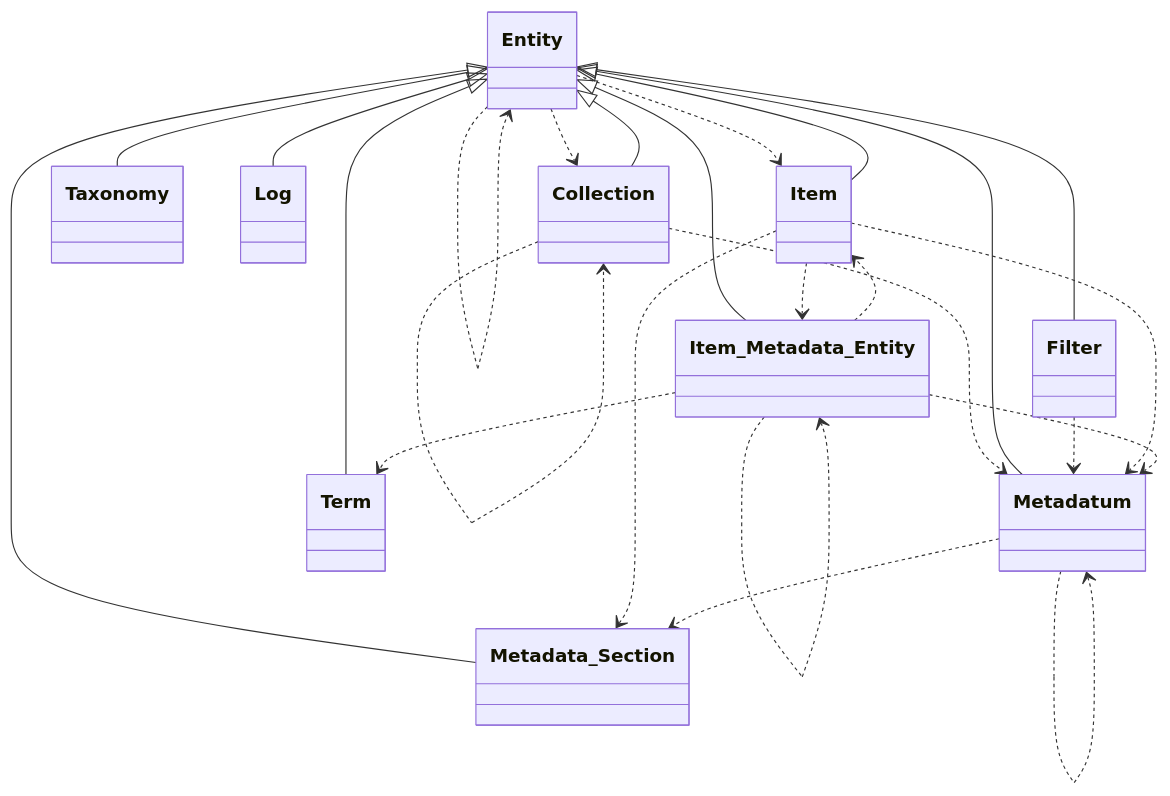
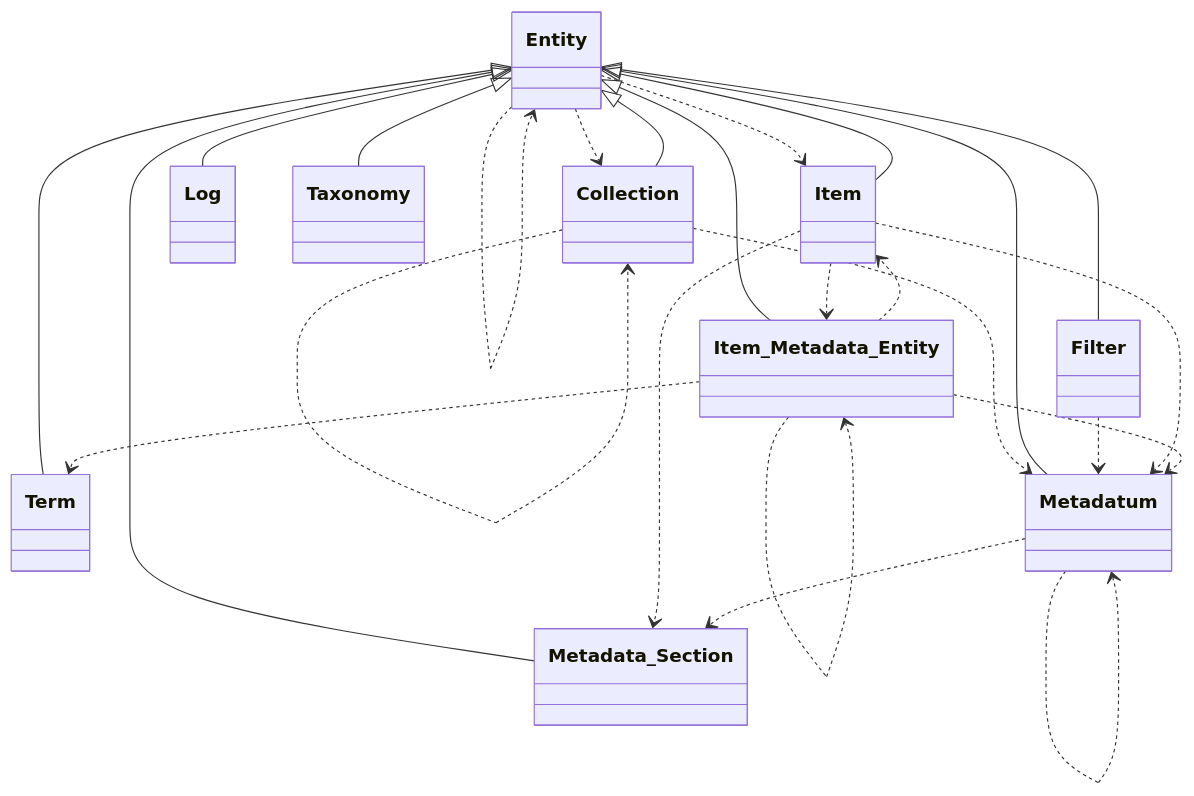
Before and after one commit to tainacan/tainacan: the diagram in docs/diagrams/tainacan-namespace-Tainacan-Entities.mmd, drawn with Mermaid. The commit also changed other lines of this file and 84 other files, not shown here.

```diff
--- a/docs/diagrams/tainacan-namespace-Tainacan-Entities.mmd
+++ b/docs/diagrams/tainacan-namespace-Tainacan-Entities.mmd
@@ -1,36 +1,36 @@
 classDiagram
     direction TB
+    class Term { }
     class Entity { }
-    class Metadatum { }
-    class Item_Metadata_Entity { }
-    class Filter { }
-    class Collection { }
-    class Taxonomy { }
-    class Log { }
     class Metadata_Section { }
     class Item { }
-    class Term { }
+    class Metadatum { }
+    class Collection { }
+    class Filter { }
+    class Log { }
+    class Taxonomy { }
+    class Item_Metadata_Entity { }
     Collection ..> Collection
     Collection ..> Metadatum
     Entity ..> Collection
     Entity ..> Entity
     Entity ..> Item
     Entity <|-- Collection
     Entity <|-- Filter
     Entity <|-- Item
     Entity <|-- Item_Metadata_Entity
     Entity <|-- Log
     Entity <|-- Metadata_Section
     Entity <|-- Metadatum
     Entity <|-- Taxonomy
     Entity <|-- Term
     Filter ..> Metadatum
     Item ..> Item_Metadata_Entity
     Item ..> Metadata_Section
     Item ..> Metadatum
     Item_Metadata_Entity ..> Item
     Item_Metadata_Entity ..> Item_Metadata_Entity
     Item_Metadata_Entity ..> Metadatum
     Item_Metadata_Entity ..> Term
     Metadatum ..> Metadata_Section
     Metadatum ..> Metadatum
```
